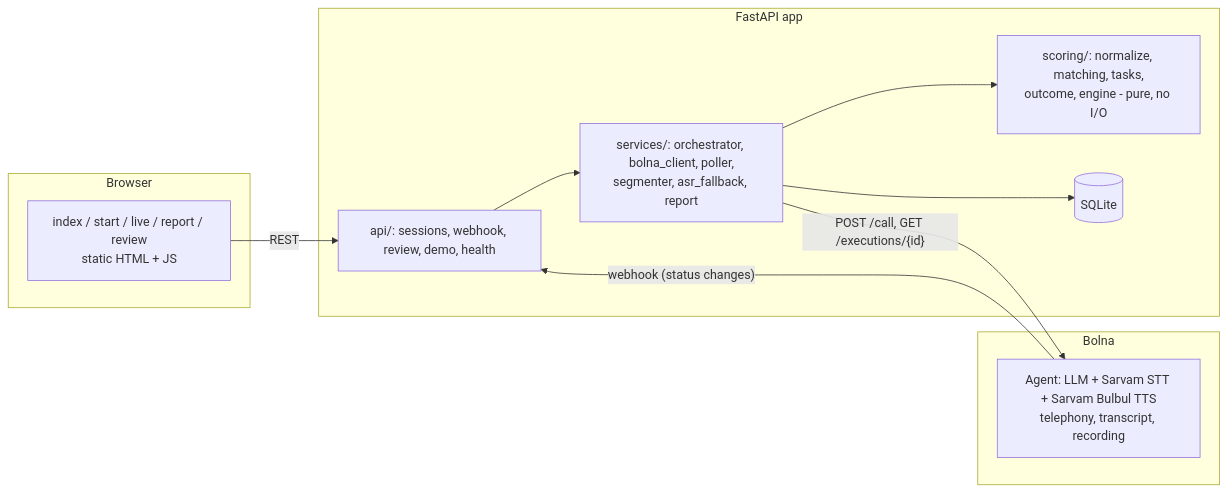
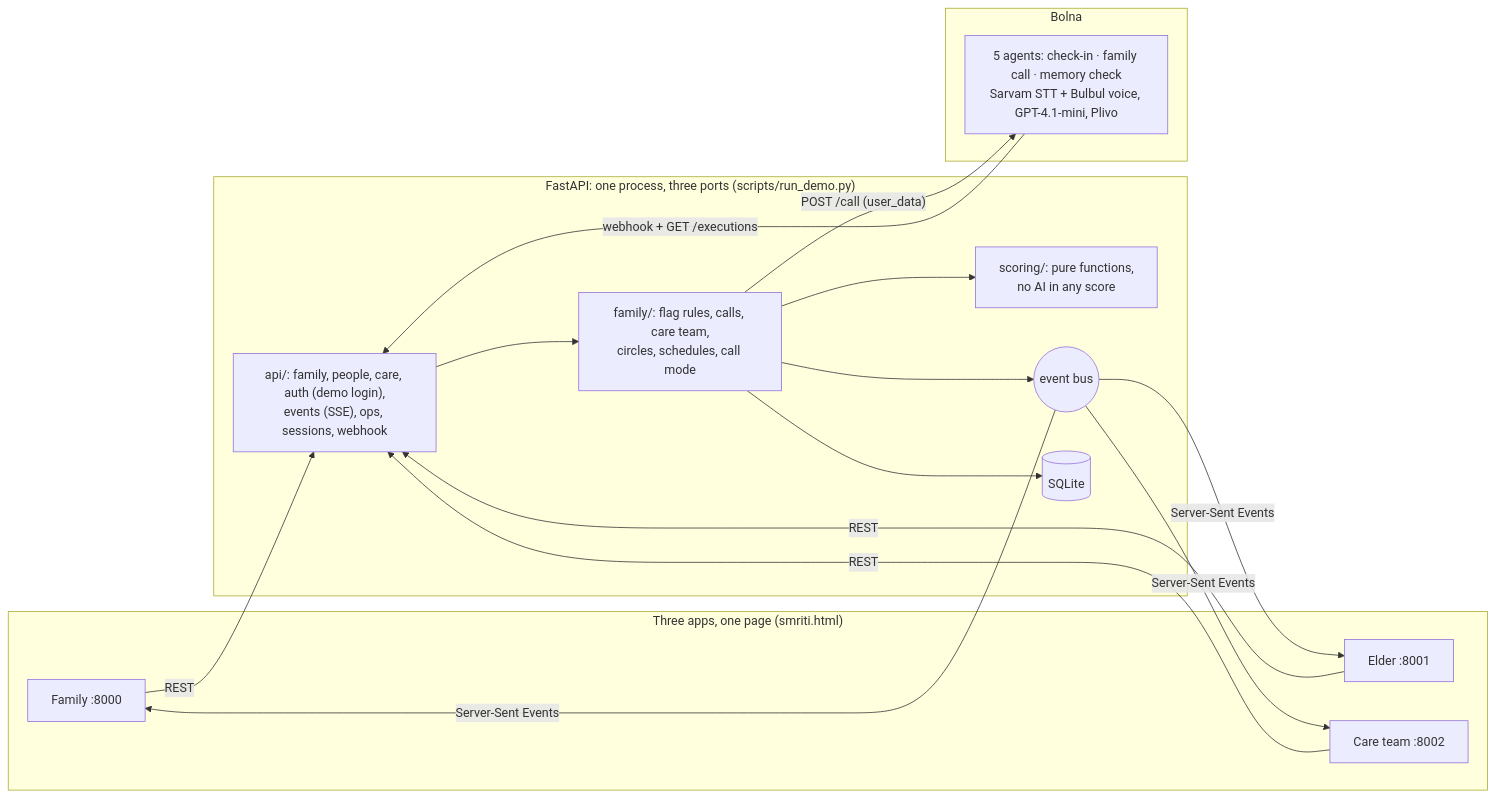
The second of 2 diagrams in README.md (rkprem0518-gif/Smrithi), drawn with Mermaid before and after one commit. The commit also changed other lines of this file, not shown here.

````diff
--- a/README.md
+++ b/README.md
@@ -84,19 +170,25 @@
 ```mermaid
 flowchart LR
-  subgraph Browser
-    UI[index / start / live / report / review<br/>static HTML + JS]
+  subgraph Browser["Three apps, one page (smriti.html)"]
+    F["Family :8000"]
+    E["Elder :8001"]
+    C["Care team :8002"]
   end
-  subgraph FastAPI["FastAPI app"]
-    API[api/: sessions, webhook, review, demo, health]
-    SVC[services/: orchestrator, bolna_client, poller,<br/>segmenter, asr_fallback, report]
-    SC[scoring/: normalize, matching, tasks,<br/>outcome, engine - pure, no I/O]
-    DB[(SQLite)]
+  subgraph Server["FastAPI: one process, three ports (scripts/run_demo.py)"]
+    API["api/: family, people, care, auth (demo login),<br/>events (SSE), ops, sessions, webhook"]
+    FAM["family/: flag rules, calls, care team,<br/>circles, schedules, call mode"]
+    SC["scoring/: pure functions,<br/>no AI in any score"]
+    BUS(("event bus"))
+    DB[("SQLite")]
   end
-  subgraph Bolna
-    AG[Agent: LLM + Sarvam STT + Sarvam Bulbul TTS<br/>telephony, transcript, recording]
+  subgraph Bolna["Bolna"]
+    AG["5 agents: check-in · family call · memory check<br/>Sarvam STT + Bulbul voice, GPT-4.1-mini, Plivo"]
   end
-  UI -- REST --> API --> SVC --> SC
-  SVC --> DB
-  SVC -- "POST /call, GET /executions/{id}" --> AG
-  AG -- "webhook (status changes)" --> API
+  F & E & C -- REST --> API
+  BUS -- "Server-Sent Events" --> F & E & C
+  API --> FAM --> SC
+  FAM --> DB
+  FAM --> BUS
+  FAM -- "POST /call (user_data)" --> AG
+  AG -- "webhook + GET /executions" --> API
 ```
````
